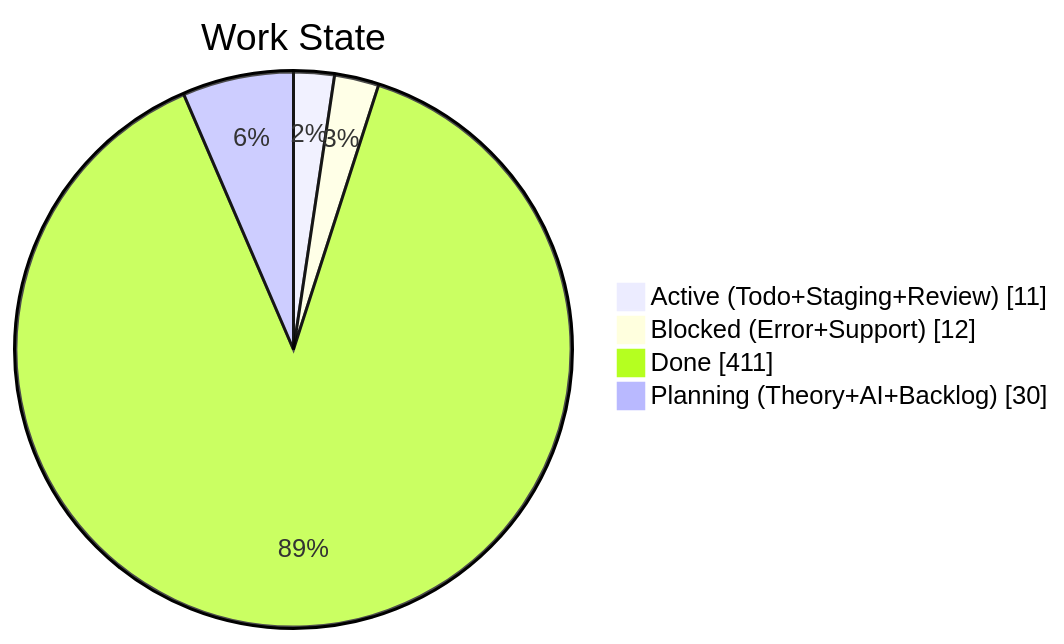
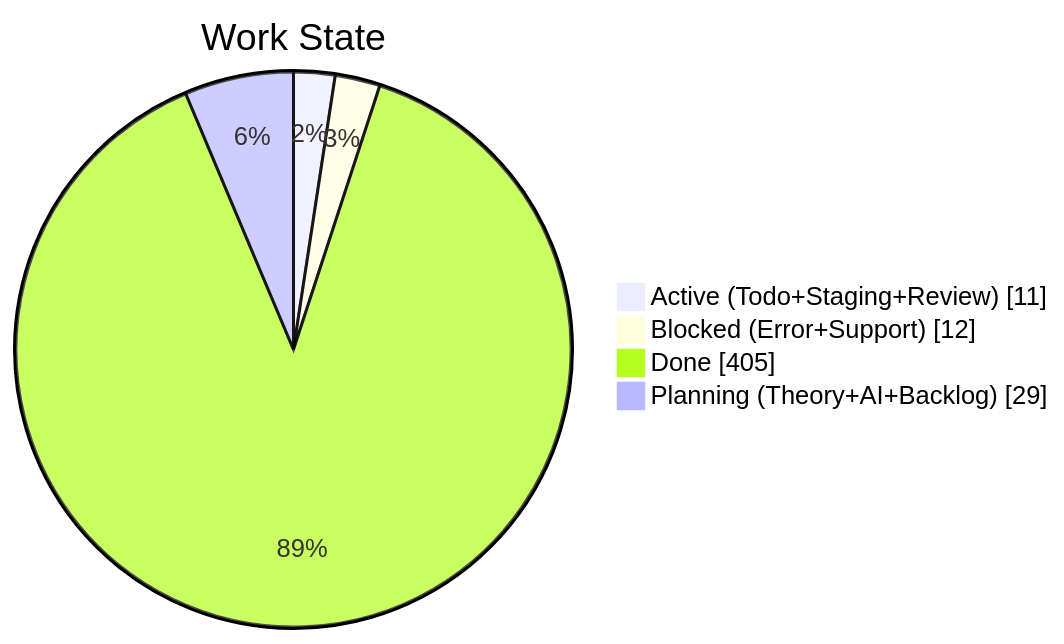
One commit to KBVE/kbve changed the second of 4 diagrams in apps/kbve/astro-kbve/src/content/docs/dashboard/kanban.mdx. Above: the diagram before and after it, drawn with Mermaid. The commit also changed other lines of this file and 5 other files, not shown here.

````diff
--- a/apps/kbve/astro-kbve/src/content/docs/dashboard/kanban.mdx
+++ b/apps/kbve/astro-kbve/src/content/docs/dashboard/kanban.mdx
@@ -68,8 +68,8 @@
 ```mermaid
 pie showData
     title Work State
     "Active (Todo+Staging+Review)" : 11
     "Blocked (Error+Support)" : 12
-    "Done" : 411
-    "Planning (Theory+AI+Backlog)" : 30
+    "Done" : 405
+    "Planning (Theory+AI+Backlog)" : 29
 ```
````
